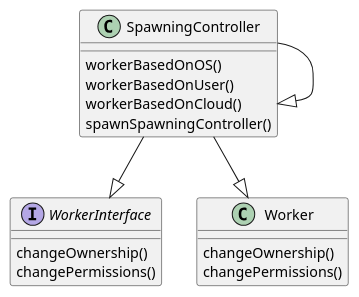
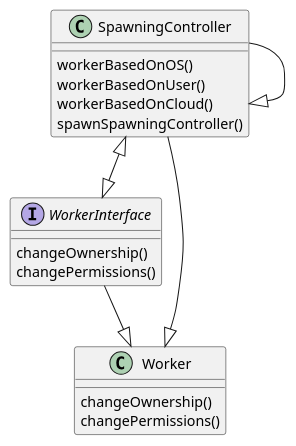
One commit to clockworksspheres/ramdisk changed the diagram in src/Docs/DesignThoughts/fileOwnershipNmanagement.md. Above: the diagram before and after it, drawn with PlantUML. The commit also changed other lines of this file and 1 other file, not shown here.

Commit message:
model mod.

````diff
--- a/src/Docs/DesignThoughts/fileOwnershipNmanagement.md
+++ b/src/Docs/DesignThoughts/fileOwnershipNmanagement.md
@@ -7,23 +7,24 @@
 ``` plantuml
 @startuml
 interface WorkerInterface
 class SpawningController
 class Worker
 
 Worker : changeOwnership()
 Worker : changePermissions()
 
 WorkerInterface : changeOwnership()
 WorkerInterface : changePermissions()
 
 SpawningController : workerBasedOnOS()
 SpawningController : workerBasedOnUser()
 SpawningController : workerBasedOnCloud()
 SpawningController : spawnSpawningController()
 
-SpawningController --|> WorkerInterface
+WorkerInterface  --|> Worker
 SpawningController --|> Worker
 SpawningController --|> SpawningController
+SpawningController <|--|> WorkerInterface
 
 @enduml
 ```
````
